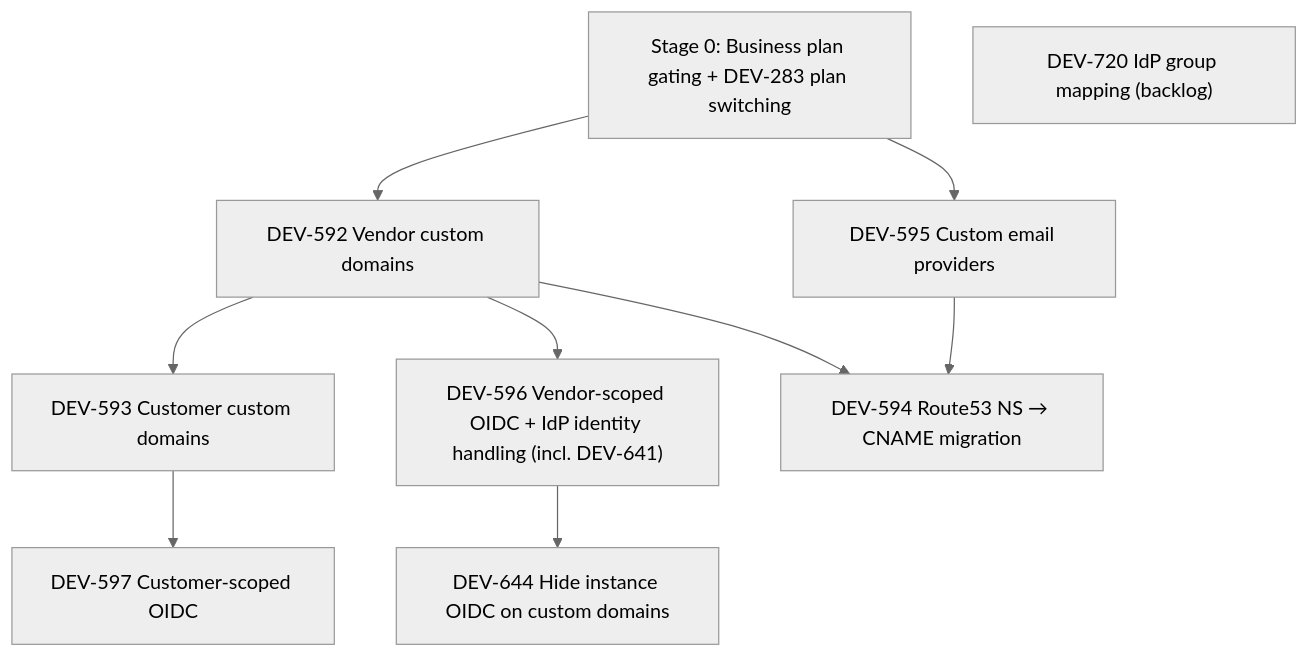
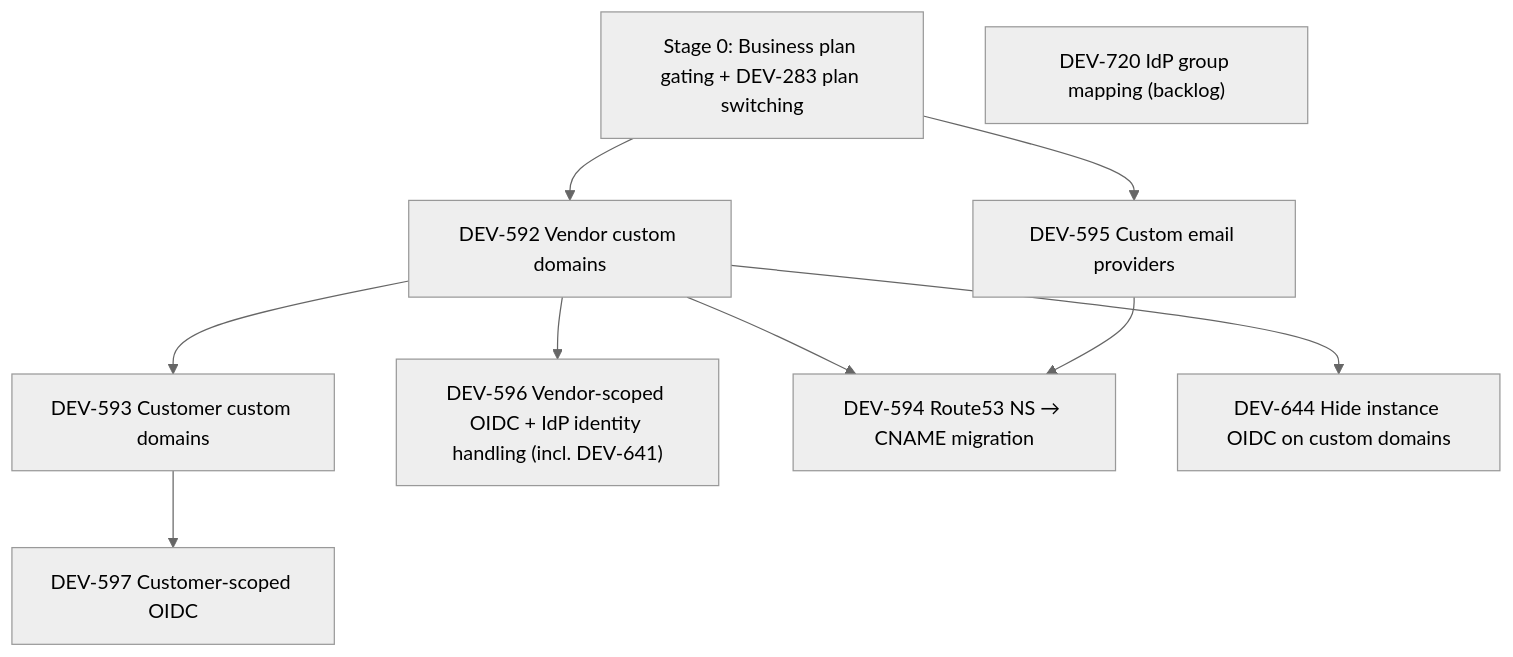
Before and after one commit to distr-sh/distr: the diagram in hack/oidc-plan.md, drawn with Mermaid (neutral theme). The commit also changed other lines of this file and 18 other files, not shown here.

First line of the commit message:
chore: disable built-in oidc login for custom domains

````diff
--- a/hack/oidc-plan.md
+++ b/hack/oidc-plan.md
@@ -18,12 +18,12 @@
 ```mermaid
 graph TD
     DEV283["Stage 0: Business plan gating + DEV-283 plan switching"] --> DEV592
     DEV592["DEV-592 Vendor custom domains"] --> DEV593["DEV-593 Customer custom domains"]
     DEV592 --> DEV596["DEV-596 Vendor-scoped OIDC + IdP identity handling (incl. DEV-641)"]
     DEV592 --> DEV594["DEV-594 Route53 NS → CNAME migration"]
     DEV283 --> DEV595
     DEV595["DEV-595 Custom email providers"] --> DEV594
     DEV593 --> DEV597["DEV-597 Customer-scoped OIDC"]
-    DEV596 --> DEV644["DEV-644 Hide instance OIDC on custom domains"]
+    DEV592 --> DEV644["DEV-644 Hide instance OIDC on custom domains"]
     DEV720["DEV-720 IdP group mapping (backlog)"]
 ```
````
